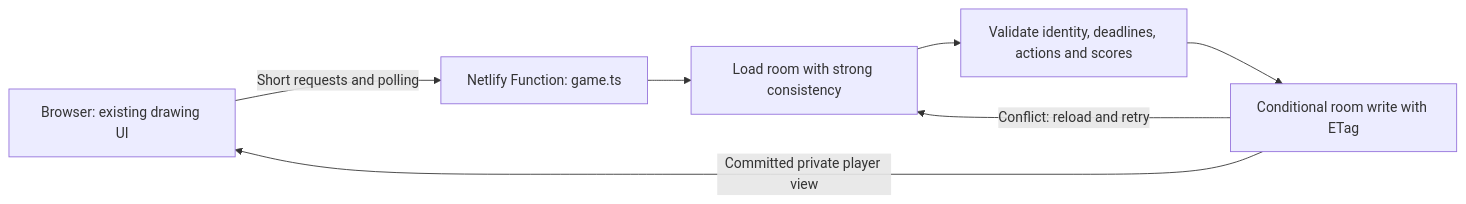
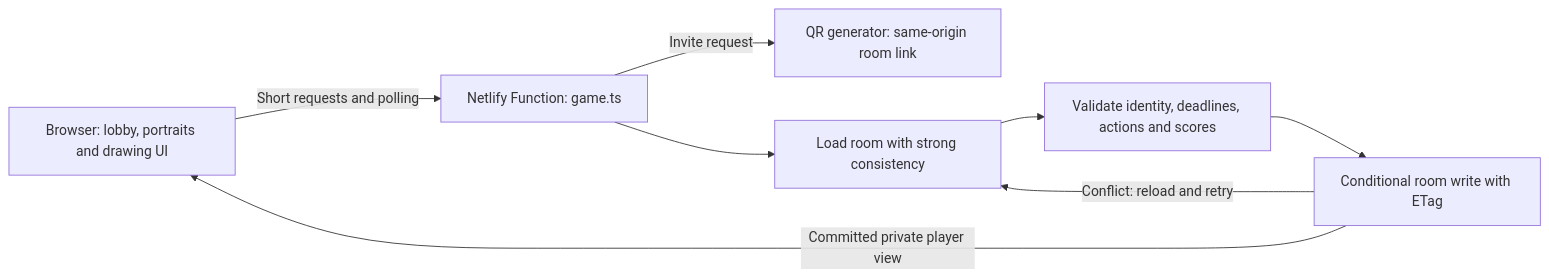
Before and after one commit to Denis-Gamolya/retcon: the diagram in README.md, drawn with Mermaid. The commit also changed other lines of this file and 9 other files, not shown here.

````diff
--- a/README.md
+++ b/README.md
@@ -66,9 +72,10 @@
 ```mermaid
 flowchart LR
-  A[Browser: existing drawing UI] -->|Short requests and polling| B[Netlify Function: game.ts]
+  A[Browser: lobby, portraits and drawing UI] -->|Short requests and polling| B[Netlify Function: game.ts]
+  B -->|Invite request| Q[QR generator: same-origin room link]
   B --> C[Load room with strong consistency]
   C --> D[Validate identity, deadlines, actions and scores]
   D --> E[Conditional room write with ETag]
   E -->|Conflict: reload and retry| C
   E -->|Committed private player view| A
 ```
````
